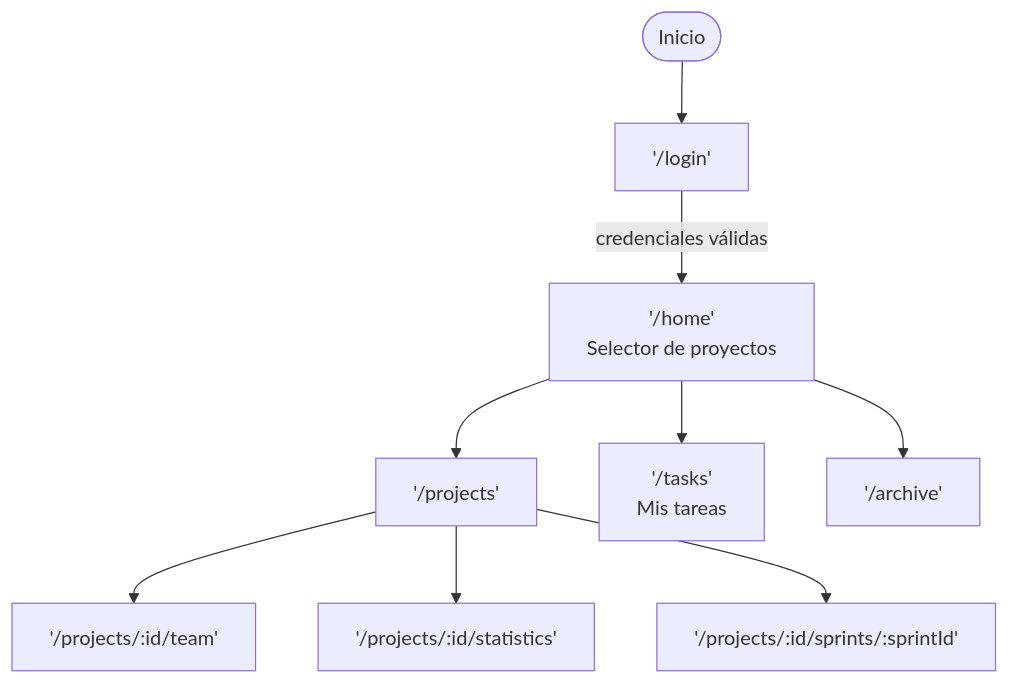
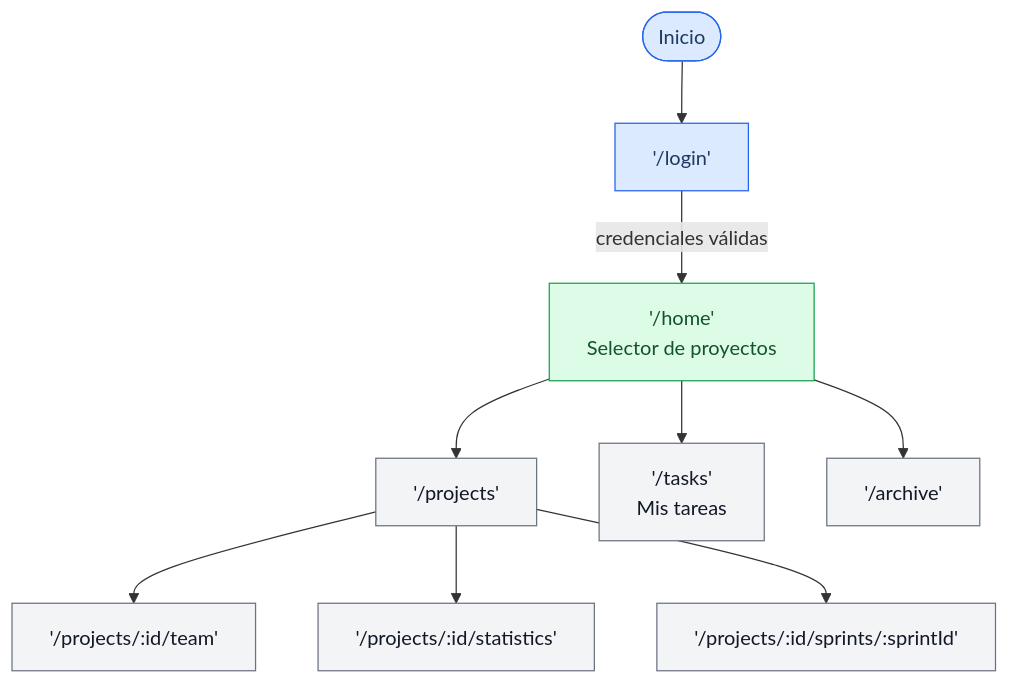
One commit to LosPapois/LosPapois_TaskTuner changed the diagram in website/docs/flows/web.md. Above: the diagram before and after it, drawn with Mermaid. The commit also changed 6 other files, not shown here.

First line of the commit message:
feat(docs): add colors to all Mermaid diagrams

````diff
--- a/website/docs/flows/web.md
+++ b/website/docs/flows/web.md
@@ -9,11 +9,19 @@
 ```mermaid
 flowchart TD
     Start([Inicio]) --> Login["'/login'"]
     Login -->|credenciales válidas| Home["'/home'\nSelector de proyectos"]
     Home --> Projects["'/projects'"]
     Home --> Tasks["'/tasks'\nMis tareas"]
     Home --> Archive["'/archive'"]
     Projects --> Team["'/projects/:id/team'"]
     Projects --> Stats["'/projects/:id/statistics'"]
     Projects --> Sprint["'/projects/:id/sprints/:sprintId'"]
+
+    classDef entry fill:#DBEAFE,stroke:#2563EB,color:#1E3A5F
+    classDef hub fill:#DCFCE7,stroke:#16A34A,color:#14532D
+    classDef page fill:#F3F4F6,stroke:#6B7280,color:#111827
+
+    class Start,Login entry
+    class Home hub
+    class Projects,Tasks,Archive,Team,Stats,Sprint page
 ```
````
